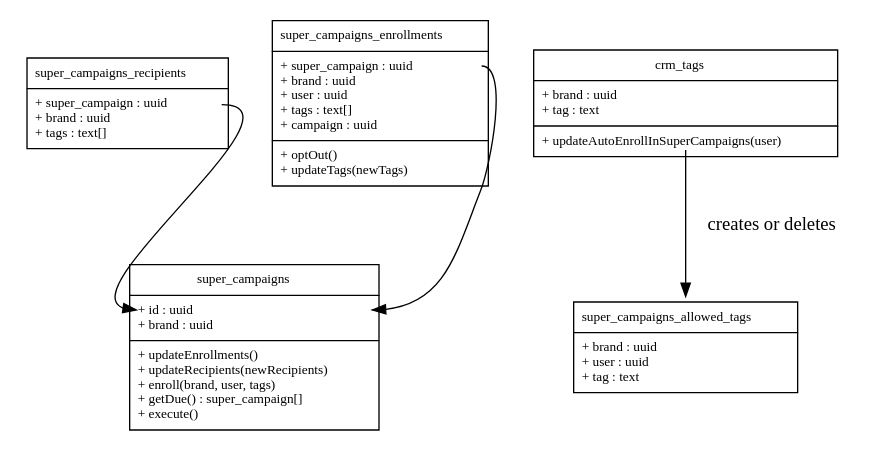
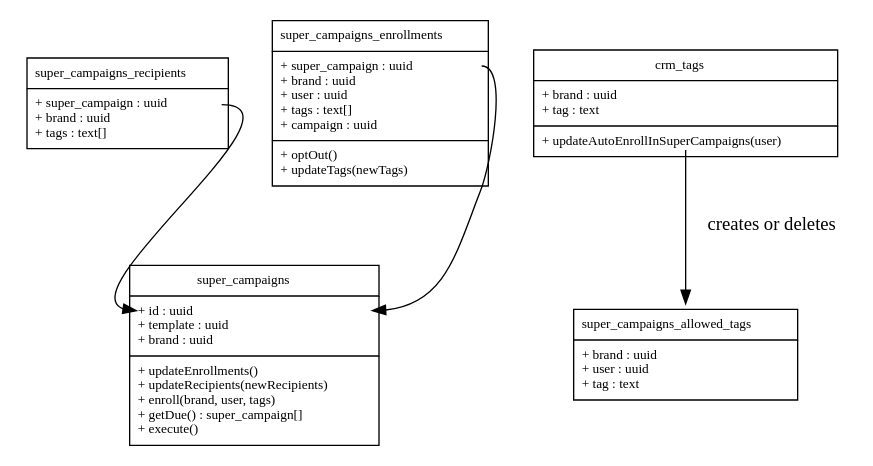
Before and after one commit to dreamcareer7/real-estate-server: the diagram in lib/sql/email/super_campaign/erd.dot, drawn with Graphviz.

Commit message:
model: add template field to super campaigns erd

```diff
--- a/lib/sql/email/super_campaign/erd.dot
+++ b/lib/sql/email/super_campaign/erd.dot
@@ -1,124 +1,125 @@
 digraph G {
     fontname = "Bitstream Vera Sans"
 
     node [
         fontname = "Bitstream Vera Sans"
         fontsize = 10
         shape = "none"
     ]
     
     super_campaigns [
         label = <
             <table border="0" cellspacing="0" cellpadding="5">
                 <tr><td border="1">super_campaigns</td></tr>
                 <tr>
                     <td align="left" border="1" sides="LRB" balign="LEFT">
                         <table border="0" cellspacing="0" cellpadding="0" align="left">
                             <tr><td port="id" align="left">+ id : uuid</td></tr>
+                            <tr><td align="left">+ template : uuid</td></tr>
                             <tr><td align="left">+ brand : uuid</td></tr>
                         </table>
                     </td>
                 </tr>
                 <tr>
                     <td align="left" border="1" sides="LRB" balign="LEFT">
                         <table border="0" cellspacing="0" cellpadding="0" align="left">
                             <tr><td align="left">+ updateEnrollments()</td></tr>
                             <tr><td align="left">+ updateRecipients(newRecipients)</td></tr>
                             <tr><td align="left">+ enroll(brand, user, tags)</td></tr>
                             <tr><td align="left">+ getDue() : super_campaign[]</td></tr>
                             <tr><td align="left">+ execute()</td></tr>
                         </table>
                     </td>
                 </tr>
             </table>
         >
     ]
     
     super_campaigns_recipients [
         label = <
             <table border="0" cellspacing="0" cellpadding="5">
                 <tr><td border="1">super_campaigns_recipients</td></tr>
                 <tr>
                     <td align="left" border="1" sides="LRB" balign="LEFT">
                         <table border="0" cellspacing="0" cellpadding="0" align="left">
                             <tr><td port="super_campaign" align="left">+ super_campaign : uuid</td></tr>
                             <tr><td align="left">+ brand : uuid</td></tr>
                             <tr><td align="left">+ tags : text[]</td></tr>
                         </table>
                     </td>
                 </tr>
             </table>
         >
     ]
     
     super_campaigns_enrollments [
         label =<
             <table border="0" cellspacing="0" cellpadding="5">
                 <tr><td border="1">super_campaigns_enrollments</td></tr>
                 <tr>
                     <td align="left" border="1" sides="LRB" balign="LEFT">
                         <table border="0" cellspacing="0" cellpadding="0" align="left">
                             <tr><td port="super_campaign" align="left">+ super_campaign : uuid</td></tr>
                             <tr><td align="left">+ brand : uuid</td></tr>
                             <tr><td align="left">+ user : uuid</td></tr>
                             <tr><td align="left">+ tags : text[]</td></tr>
                             <tr><td align="left">+ campaign : uuid</td></tr>
                         </table>
                     </td>
                 </tr>
                 <tr>
                     <td align="left" border="1" sides="LRB" balign="LEFT">
                         <table border="0" cellspacing="0" cellpadding="0" align="left">
                             <tr><td align="left">+ optOut()</td></tr>
                             <tr><td align="left">+ updateTags(newTags)</td></tr>
                         </table>
                     </td>
                 </tr>
             </table>
         >
     ]
     
     super_campaigns_allowed_tags [
         label = <
             <table border="0" cellspacing="0" cellpadding="5">
                 <tr><td border="1">super_campaigns_allowed_tags</td></tr>
                 <tr>
                     <td align="left" border="1" sides="LRB" balign="LEFT">
                         <table border="0" cellspacing="0" cellpadding="0" align="left">
                             <tr><td align="left">+ brand : uuid</td></tr>
                             <tr><td align="left">+ user : uuid</td></tr>
                             <tr><td align="left">+ tag : text</td></tr>
                         </table>
                     </td>
                 </tr>
             </table>
         >
     ]
     
     crm_tags [
         label = <
             <table border="0" cellspacing="0" cellpadding="5">
                 <tr><td border="1">crm_tags</td></tr>
                 <tr>
                     <td align="left" border="1" sides="LRB" balign="LEFT">
                         <table border="0" cellspacing="0" cellpadding="0" align="left">
                             <tr><td align="left">+ brand : uuid</td></tr>
                             <tr><td align="left">+ tag : text</td></tr>
                         </table>
                     </td>
                 </tr>
                 <tr>
                     <td align="left" border="1" sides="LRB" balign="LEFT">
                         <table border="0" cellspacing="0" cellpadding="0" align="left">
                             <tr><td port="autoEnroll" align="left">+ updateAutoEnrollInSuperCampaigns(user)</td></tr>
                         </table>
                     </td>
                 </tr>
             </table>
         >
     ]
     
     super_campaigns_recipients:super_campaign -> super_campaigns:id
     super_campaigns_enrollments:super_campaign -> super_campaigns:id
     crm_tags:autoEnroll ->super_campaigns_allowed_tags [label="creates or deletes"]
 }
```
